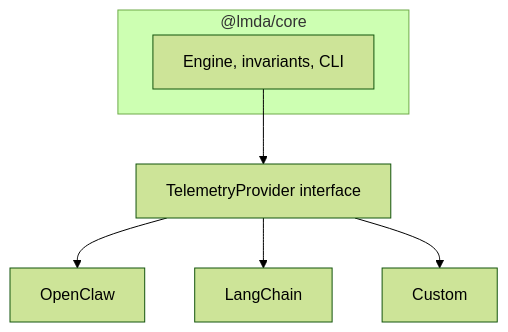
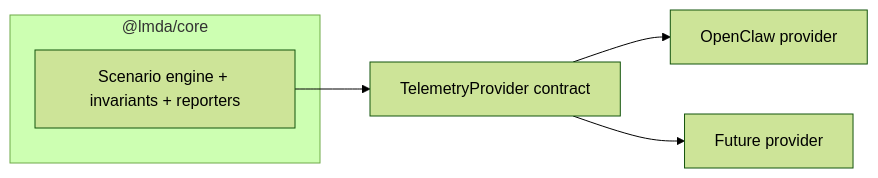
Before and after one commit to AatozInnoInc/leave-my-data-alone: the first of 3 diagrams in docs/PROVIDER-GUIDE.md, drawn with Mermaid (forest theme). The commit also changed other lines of this file, not shown here.

````diff
--- a/docs/PROVIDER-GUIDE.md
+++ b/docs/PROVIDER-GUIDE.md
@@ -9,10 +9,9 @@
 ```mermaid
-flowchart TB
+flowchart LR
   subgraph core["@lmda/core"]
-    engine[Engine, invariants, CLI]
+    engine["Scenario engine + invariants + reporters"]
   end
-  engine --> iface[TelemetryProvider interface]
-  iface --> openclaw[OpenClaw]
-  iface --> langchain[LangChain]
-  iface --> custom[Custom]
+  engine --> contract["TelemetryProvider contract"]
+  contract --> providerA["OpenClaw provider"]
+  contract --> providerB["Future provider"]
 ```
````
